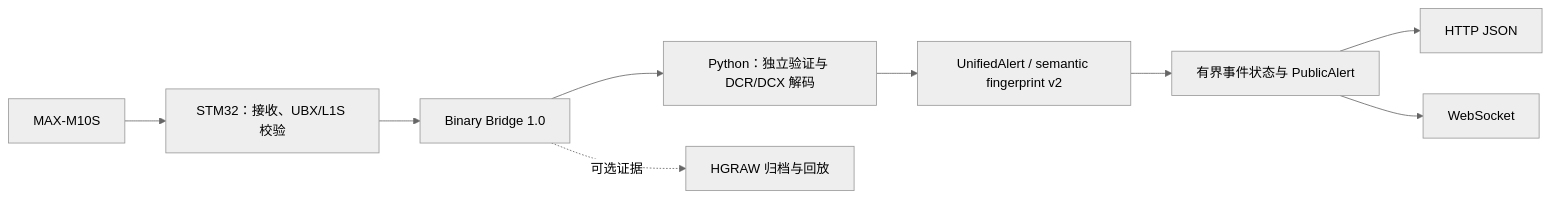
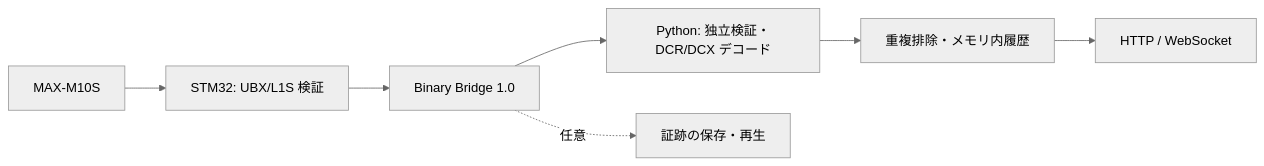
One commit to TenkyuChimata/HoshiGuard changed the diagram in README.md. Above: the diagram before and after it, drawn with Mermaid (neutral theme). The commit also changed other lines of this file and 114 other files, not shown here.

````diff
--- a/README.md
+++ b/README.md
@@ -6,11 +6,9 @@
 ```mermaid
 flowchart LR
-  GNSS[MAX-M10S] --> MCU[STM32：接收、UBX/L1S 校验]
+  GNSS[MAX-M10S] --> MCU[STM32: UBX/L1S 検証]
   MCU --> Bridge[Binary Bridge 1.0]
-  Bridge --> RX[Python：独立验证与 DCR/DCX 解码]
-  RX --> Model[UnifiedAlert / semantic fingerprint v2]
-  Model --> State[有界事件状态与 PublicAlert]
-  State --> HTTP[HTTP JSON]
-  State --> WS[WebSocket]
-  Bridge -. 可选证据 .-> HGRAW[HGRAW 归档与回放]
+  Bridge --> Host[Python: 独立検証・DCR/DCX デコード]
+  Host --> State[重複排除・メモリ内履歴]
+  State --> API[HTTP / WebSocket]
+  Bridge -. 任意 .-> HGRAW[証跡の保存・再生]
 ```
````
